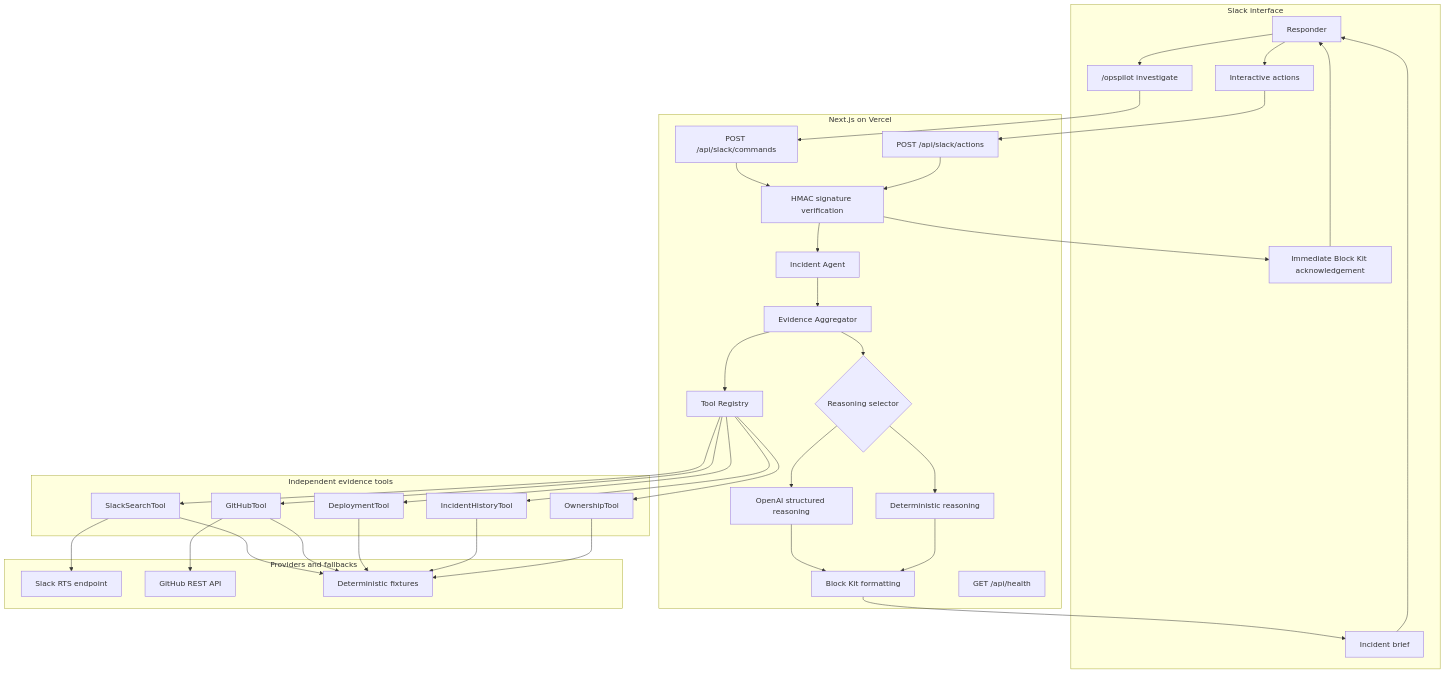
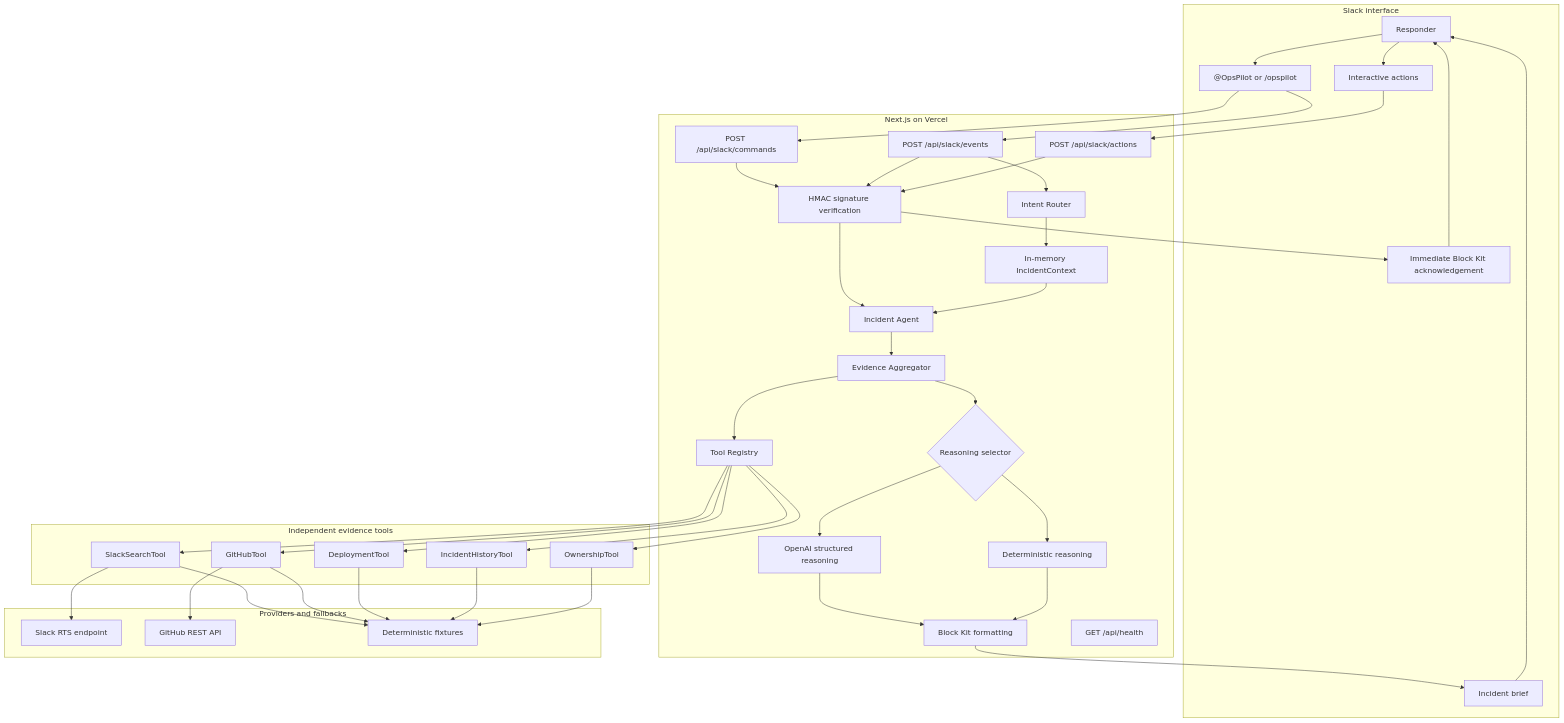
The first of 2 diagrams in docs/architecture.md (jumbomuffin101/opspilot), drawn with Mermaid before and after one commit. The commit also changed other lines of this file and 15 other files, not shown here.

Commit message:
Add conversational Slack incident handling

````diff
--- a/docs/architecture.md
+++ b/docs/architecture.md
@@ -7,61 +7,68 @@
 ```mermaid
 flowchart TB
     subgraph Slack["Slack interface"]
         User["Responder"]
-        Command["/opspilot investigate"]
+        Command["@OpsPilot or /opspilot"]
         Ack["Immediate Block Kit acknowledgement"]
         Result["Incident brief"]
         Actions["Interactive actions"]
     end
 
     subgraph App["Next.js on Vercel"]
         CommandRoute["POST /api/slack/commands"]
+        EventsRoute["POST /api/slack/events"]
         ActionRoute["POST /api/slack/actions"]
         Verify["HMAC signature verification"]
+        IntentRouter["Intent Router"]
+        Context["In-memory IncidentContext"]
         Agent["Incident Agent"]
         Aggregator["Evidence Aggregator"]
         Registry["Tool Registry"]
         Reasoning{"Reasoning selector"}
         AI["OpenAI structured reasoning"]
         Deterministic["Deterministic reasoning"]
         Blocks["Block Kit formatting"]
         Health["GET /api/health"]
     end
 
     subgraph Tools["Independent evidence tools"]
         SlackTool["SlackSearchTool"]
         GitHubTool["GitHubTool"]
         DeploymentTool["DeploymentTool"]
         HistoryTool["IncidentHistoryTool"]
         OwnershipTool["OwnershipTool"]
     end
 
     subgraph Providers["Providers and fallbacks"]
         RTS["Slack RTS endpoint"]
         GitHub["GitHub REST API"]
         Mocks["Deterministic fixtures"]
     end
 
     User --> Command --> CommandRoute --> Verify
+    Command --> EventsRoute --> Verify
     Verify --> Ack --> User
     Verify --> Agent --> Aggregator --> Registry
     Registry --> SlackTool
     Registry --> GitHubTool
     Registry --> DeploymentTool
     Registry --> HistoryTool
     Registry --> OwnershipTool
     SlackTool --> RTS
     SlackTool --> Mocks
     GitHubTool --> GitHub
     GitHubTool --> Mocks
     DeploymentTool --> Mocks
     HistoryTool --> Mocks
     OwnershipTool --> Mocks
     Aggregator --> Reasoning
     Reasoning --> AI
     Reasoning --> Deterministic
     AI --> Blocks
     Deterministic --> Blocks
     Blocks --> Result --> User
     User --> Actions --> ActionRoute --> Verify
+    EventsRoute --> IntentRouter
+    IntentRouter --> Context
+    Context --> Agent
 ```
````
